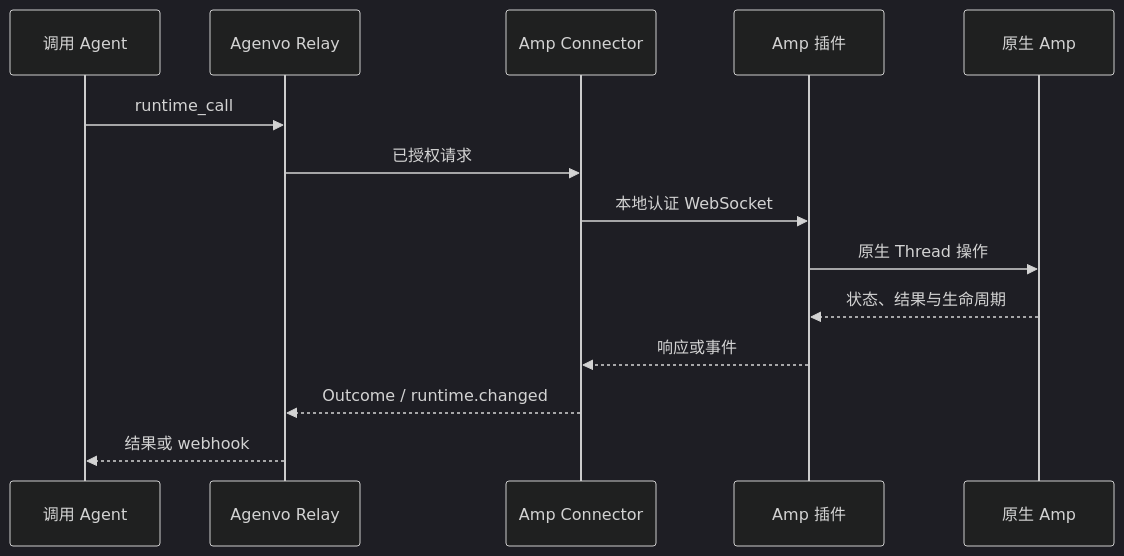
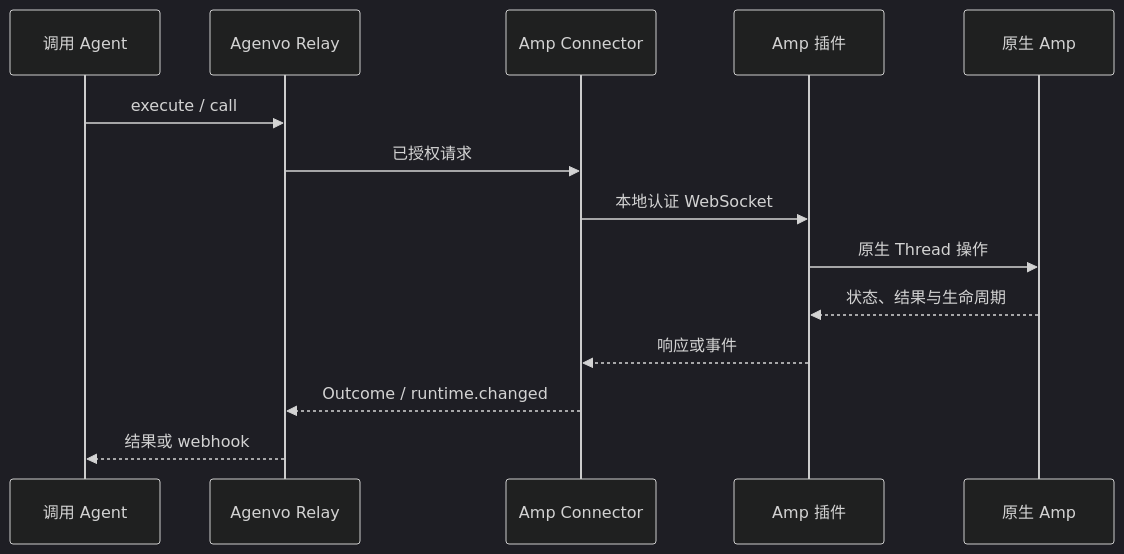
Before and after one commit to AkaraChen/agenvo: the diagram in design/amp-interface-audit.zh-CN.md, drawn with Mermaid (dark theme). The commit also changed other lines of this file and 79 other files, not shown here.

````diff
--- a/design/amp-interface-audit.zh-CN.md
+++ b/design/amp-interface-audit.zh-CN.md
@@ -17,16 +17,16 @@
 ```mermaid
 sequenceDiagram
     participant A as 调用 Agent
     participant R as Agenvo Relay
     participant C as Amp Connector
     participant P as Amp 插件
     participant N as 原生 Amp
-    A->>R: runtime_call
+    A->>R: execute / call
     R->>C: 已授权请求
     C->>P: 本地认证 WebSocket
     P->>N: 原生 Thread 操作
     N-->>P: 状态、结果与生命周期
     P-->>C: 响应或事件
     C-->>R: Outcome / runtime.changed
     R-->>A: 结果或 webhook
 ```
````
